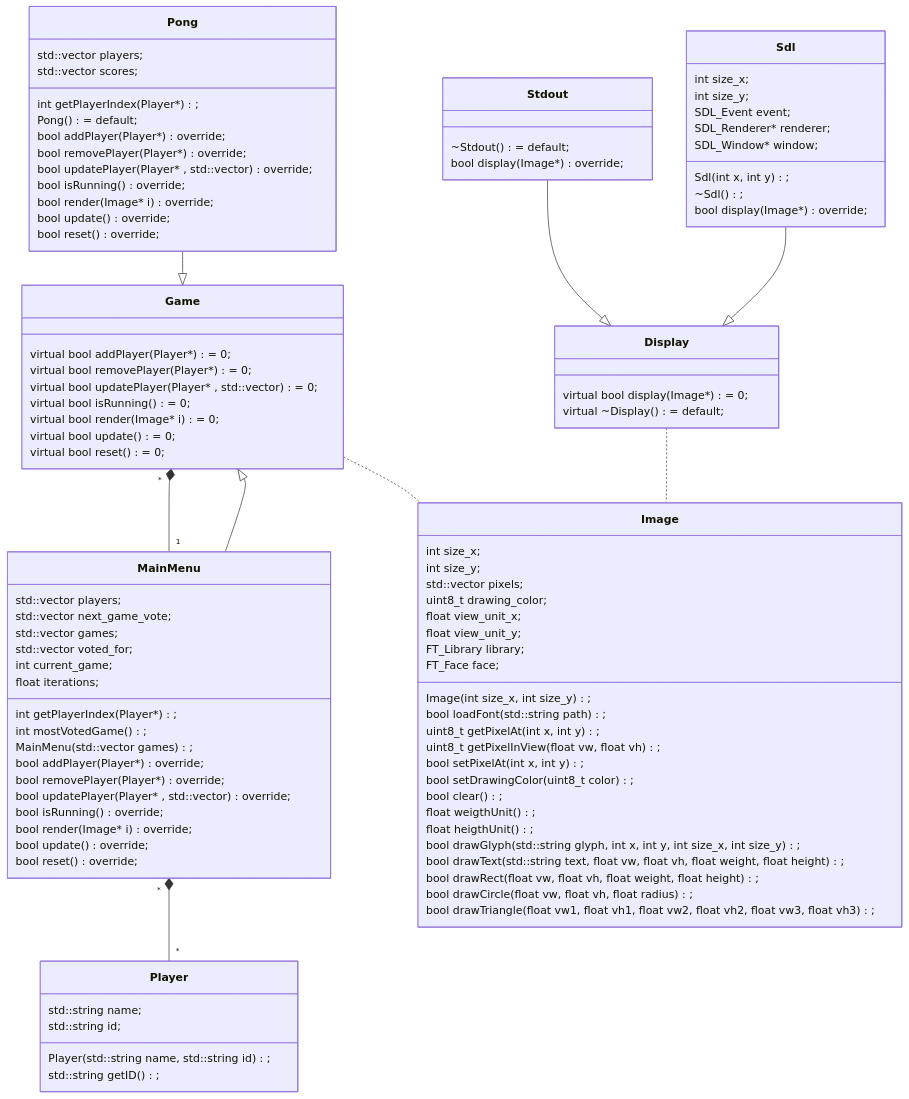
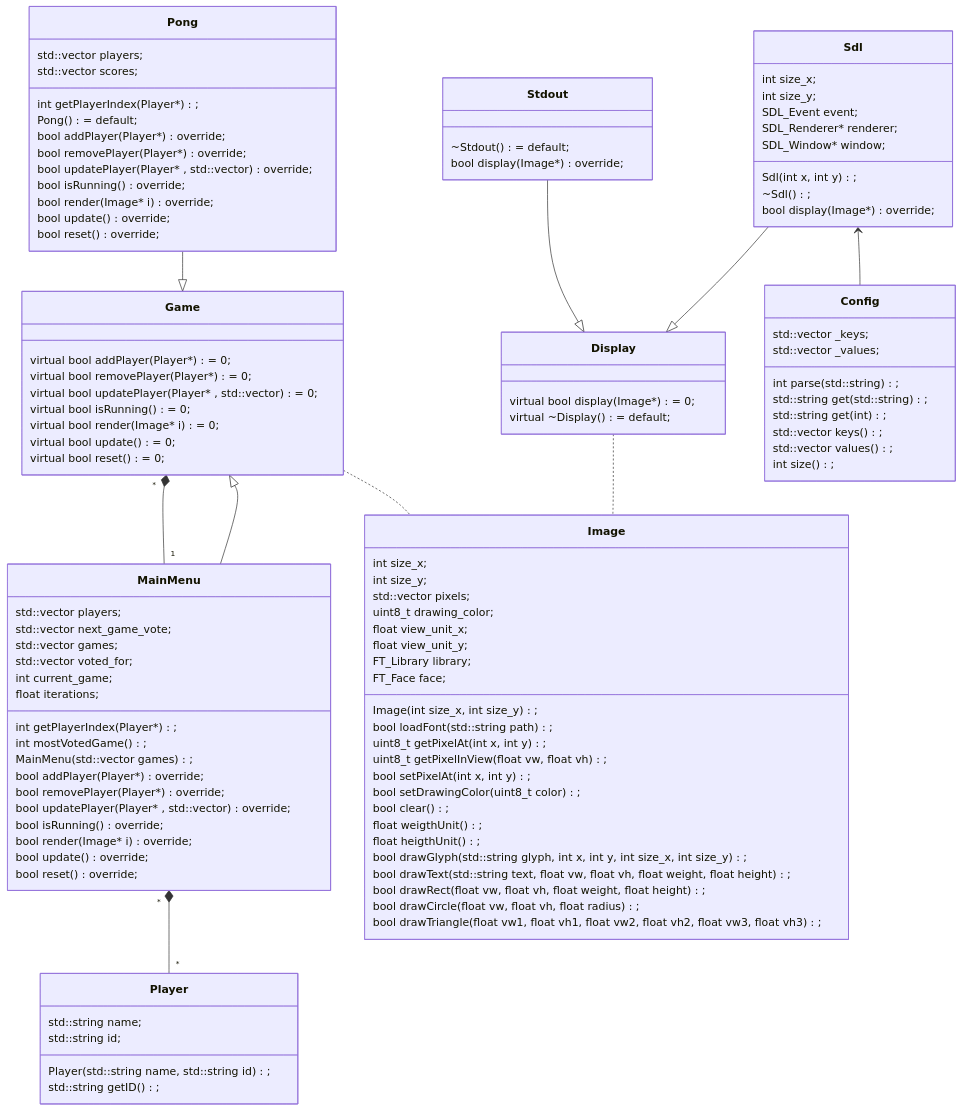
The diagram in README.md (4nimii/LED_matrix), drawn with Mermaid before and after one commit. The commit also changed other lines of this file and 8 other files, not shown here.

```diff
--- a/README.md
+++ b/README.md
@@ -139,11 +140,23 @@
 
 }
 
+class Config {
+        int parse( std::string );
+        std::string get( std::string );
+        std::string get( int );
+        std::vector<std::string> keys();
+        std::vector<std::string> values();
+        int size();
+        std::vector<std::string> _keys;
+        std::vector<std::string> _values;
+}
+
 MainMenu --|> Game
 MainMenu "*" *-- "*"  Player
 Pong --|> Game
 Stdout --|> Display
 Sdl --|> Display
+Sdl <-- Config
 
 Game .. Image
 Display .. Image
```
